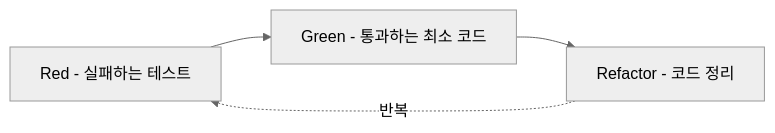
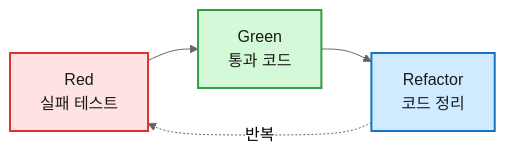
One commit to HUHGEON/HUHGEON.github.io changed the first of 3 diagrams in _pages/Sapari/methodology/2026-06-09-tddtest-driven-development-도입한-이유.md. Above: the diagram before and after it, drawn with Mermaid (neutral theme). The commit also changed other lines of this file, not shown here.

````diff
--- a/_pages/Sapari/methodology/2026-06-09-tddtest-driven-development-도입한-이유.md
+++ b/_pages/Sapari/methodology/2026-06-09-tddtest-driven-development-도입한-이유.md
@@ -25,6 +30,9 @@
 ```mermaid
 flowchart LR
-    R[Red - 실패하는 테스트] --> G[Green - 통과하는 최소 코드]
-    G --> F[Refactor - 코드 정리]
+    R["Red<br/>실패 테스트"]:::red --> G["Green<br/>통과 코드"]:::green --> F["Refactor<br/>코드 정리"]:::blue
     F -.->|반복| R
+
+    classDef red fill:#ffe3e3,stroke:#e03131,stroke-width:2px,color:#1a1a1a;
+    classDef green fill:#d3f9d8,stroke:#2f9e44,stroke-width:2px,color:#1a1a1a;
+    classDef blue fill:#d0ebff,stroke:#1971c2,stroke-width:2px,color:#1a1a1a;
 ```
````
